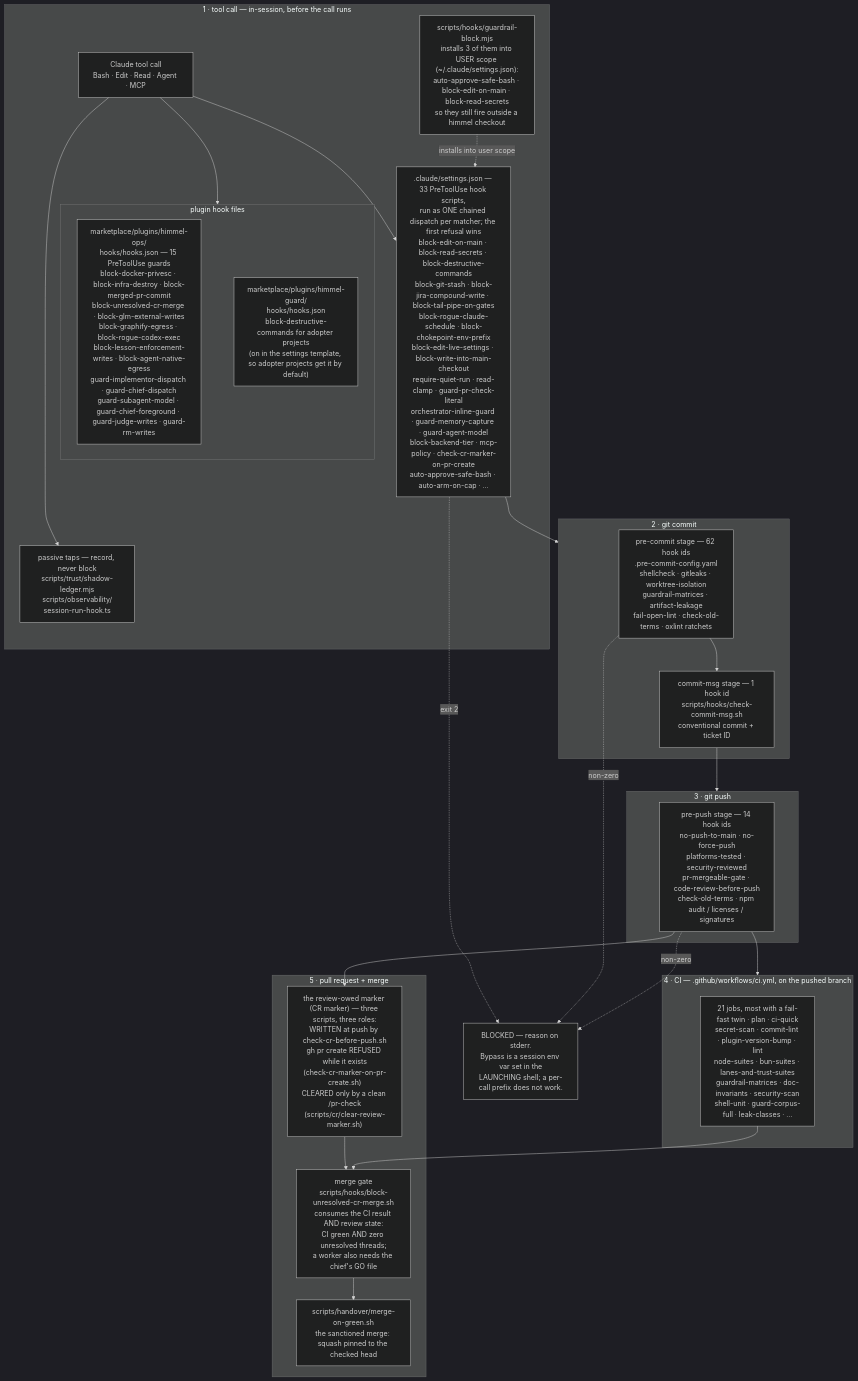
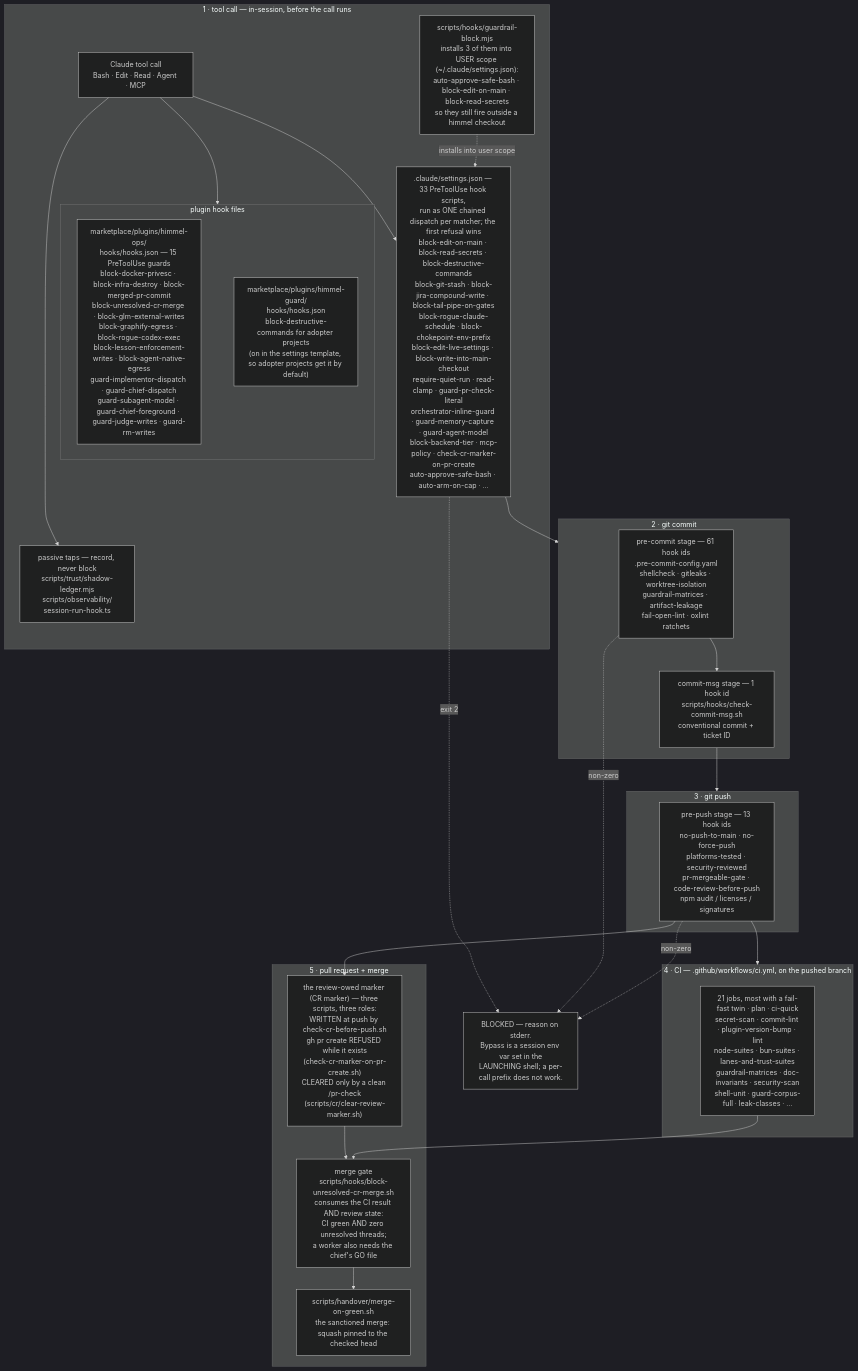
The first of 5 diagrams in docs/architecture.md (yotamleo-org/Himmel), drawn with Mermaid (dark theme) before and after one commit. The commit also changed 37 other files, not shown here.

````diff
--- a/docs/architecture.md
+++ b/docs/architecture.md
@@ -46,51 +46,51 @@
 ```mermaid
 flowchart TD
     subgraph S1["1 · tool call — in-session, before the call runs"]
         TC["Claude tool call<br/>Bash · Edit · Read · Agent · MCP"]
         H1[".claude/settings.json — 33 PreToolUse hook scripts,<br/>run as ONE chained dispatch per matcher; the first refusal wins<br/>block-edit-on-main · block-read-secrets · block-destructive-commands<br/>block-git-stash · block-jira-compound-write · block-tail-pipe-on-gates<br/>block-rogue-claude-schedule · block-chokepoint-env-prefix<br/>block-edit-live-settings · block-write-into-main-checkout<br/>require-quiet-run · read-clamp · guard-pr-check-literal<br/>orchestrator-inline-guard · guard-memory-capture · guard-agent-model<br/>block-backend-tier · mcp-policy · check-cr-marker-on-pr-create<br/>auto-approve-safe-bash · auto-arm-on-cap · …"]
         subgraph PLUG["plugin hook files"]
             H2["marketplace/plugins/himmel-ops/<br/>hooks/hooks.json — 15 PreToolUse guards<br/>block-docker-privesc · block-infra-destroy · block-merged-pr-commit<br/>block-unresolved-cr-merge · block-glm-external-writes<br/>block-graphify-egress · block-rogue-codex-exec<br/>block-lesson-enforcement-writes · block-agent-native-egress<br/>guard-implementor-dispatch · guard-chief-dispatch<br/>guard-subagent-model · guard-chief-foreground · guard-judge-writes · guard-rm-writes"]
             HG["marketplace/plugins/himmel-guard/<br/>hooks/hooks.json<br/>block-destructive-commands for adopter projects<br/>(on in the settings template, so adopter projects get it by default)"]
             H2 ~~~ HG
         end
         H3["scripts/hooks/guardrail-block.mjs<br/>installs 3 of them into USER scope (~/.claude/settings.json):<br/>auto-approve-safe-bash · block-edit-on-main · block-read-secrets<br/>so they still fire outside a himmel checkout"]
         H4["passive taps — record, never block<br/>scripts/trust/shadow-ledger.mjs<br/>scripts/observability/<br/>session-run-hook.ts"]
         TC --> H1
         TC --> PLUG
         TC --> H4
         PLUG ~~~ H4
         H3 -.->|"installs into user scope"| H1
     end
 
     subgraph S2["2 · git commit"]
-        PC["pre-commit stage — 62 hook ids<br/>.pre-commit-config.yaml<br/>shellcheck · gitleaks · worktree-isolation<br/>guardrail-matrices · artifact-leakage<br/>fail-open-lint · check-old-terms · oxlint ratchets"]
+        PC["pre-commit stage — 61 hook ids<br/>.pre-commit-config.yaml<br/>shellcheck · gitleaks · worktree-isolation<br/>guardrail-matrices · artifact-leakage<br/>fail-open-lint · oxlint ratchets"]
         CM["commit-msg stage — 1 hook id<br/>scripts/hooks/check-commit-msg.sh<br/>conventional commit + ticket ID"]
         PC --> CM
     end
 
     subgraph S3["3 · git push"]
-        PP["pre-push stage — 14 hook ids<br/>no-push-to-main · no-force-push<br/>platforms-tested · security-reviewed<br/>pr-mergeable-gate · code-review-before-push<br/>check-old-terms · npm audit / licenses / signatures"]
+        PP["pre-push stage — 13 hook ids<br/>no-push-to-main · no-force-push<br/>platforms-tested · security-reviewed<br/>pr-mergeable-gate · code-review-before-push<br/>npm audit / licenses / signatures"]
     end
 
     subgraph S4["4 · CI — .github/workflows/ci.yml, on the pushed branch"]
         CI["21 jobs, most with a fail-fast twin · plan · ci-quick<br/>secret-scan · commit-lint · plugin-version-bump · lint<br/>node-suites · bun-suites · lanes-and-trust-suites<br/>guardrail-matrices · doc-invariants · security-scan<br/>shell-unit · guard-corpus-full · leak-classes · …"]
     end
 
     subgraph S5["5 · pull request + merge"]
         CR["the review-owed marker (CR marker) — three scripts, three roles:<br/>WRITTEN at push by check-cr-before-push.sh<br/>gh pr create REFUSED while it exists<br/>(check-cr-marker-on-pr-create.sh)<br/>CLEARED only by a clean /pr-check<br/>(scripts/cr/clear-review-marker.sh)"]
         MG["merge gate<br/>scripts/hooks/block-unresolved-cr-merge.sh<br/>consumes the CI result AND review state:<br/>CI green AND zero unresolved threads;<br/>a worker also needs the chief's GO file"]
         MOG["scripts/handover/merge-on-green.sh<br/>the sanctioned merge: squash pinned to the checked head"]
         CR --> MG
         MG --> MOG
     end
 
     H1 --> S2
     CM --> S3
     PP --> S4
     PP --> CR
     CI --> MG
 
     H1 -.->|"exit 2"| BLOCK["BLOCKED — reason on stderr.<br/>Bypass is a session env var set in the<br/>LAUNCHING shell; a per-call prefix does not work."]
     PC -.->|"non-zero"| BLOCK
     PP -.->|"non-zero"| BLOCK
 ```
````
